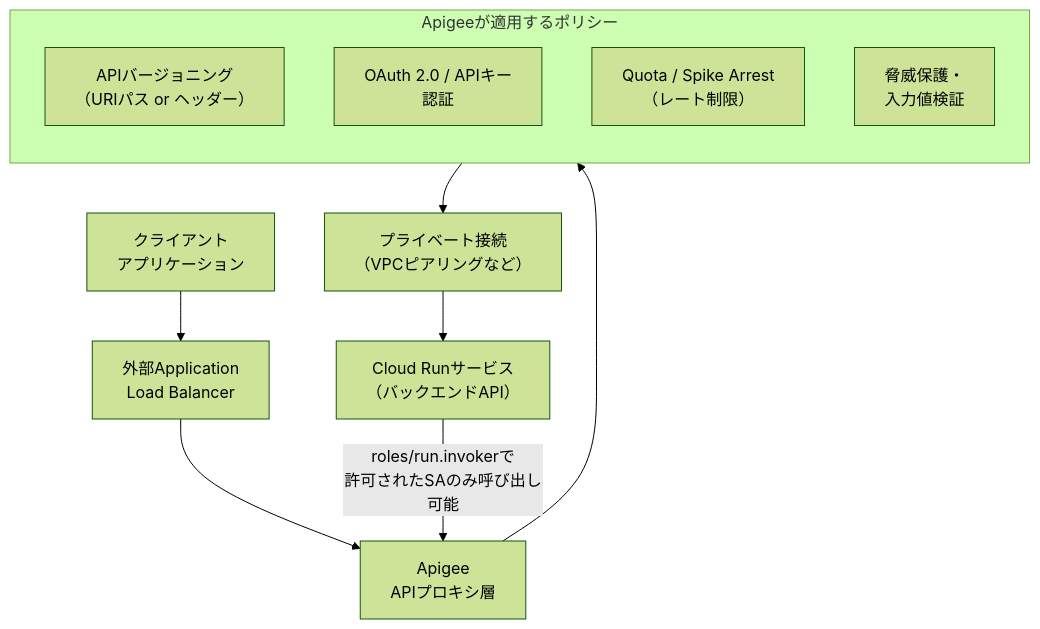
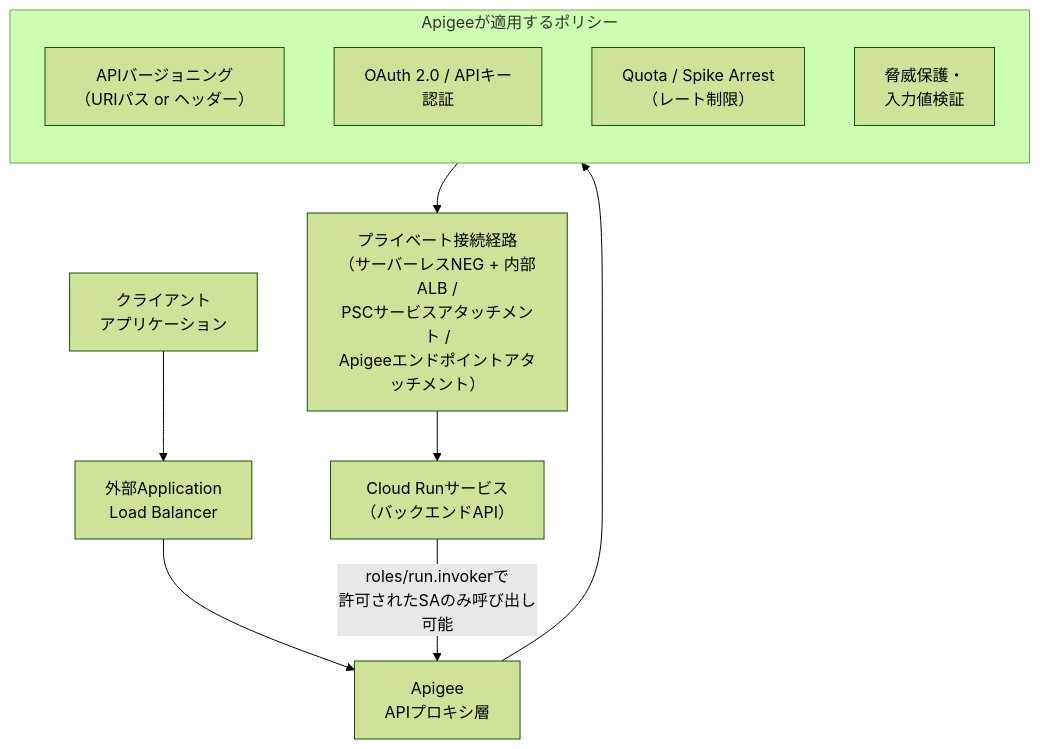
The fifth of 8 diagrams in Gcp-professional-cloud-developer-section3.md (myoshi2891/Cloud-Infrastructure-Studies), drawn with Mermaid (forest theme) before and after one commit. The commit also changed other lines of this file and 2 other files, not shown here.

````diff
--- a/Gcp-professional-cloud-developer-section3.md
+++ b/Gcp-professional-cloud-developer-section3.md
@@ -220,19 +220,19 @@
 ```mermaid
 flowchart TB
     CLIENT["クライアント<br/>アプリケーション"] --> LB["外部Application<br/>Load Balancer"]
     LB --> APIGEE["Apigee<br/>APIプロキシ層"]
 
     subgraph APIGEE_POLICIES["Apigeeが適用するポリシー"]
         direction TB
         P1["APIバージョニング<br/>（URIパス or ヘッダー）"]
         P2["OAuth 2.0 / APIキー<br/>認証"]
         P3["Quota / Spike Arrest<br/>（レート制限）"]
         P4["脅威保護・<br/>入力値検証"]
     end
 
     APIGEE --> APIGEE_POLICIES
-    APIGEE_POLICIES --> PRIVATE["プライベート接続<br/>（VPCピアリングなど）"]
+    APIGEE_POLICIES --> PRIVATE["プライベート接続経路<br/>（サーバーレスNEG + 内部ALB /<br/>PSCサービスアタッチメント /<br/>Apigeeエンドポイントアタッチメント）"]
     PRIVATE --> RUN["Cloud Runサービス<br/>（バックエンドAPI）"]
 
     RUN -->|"roles/run.invokerで<br/>許可されたSAのみ呼び出し可能"| APIGEE
 ```
````
